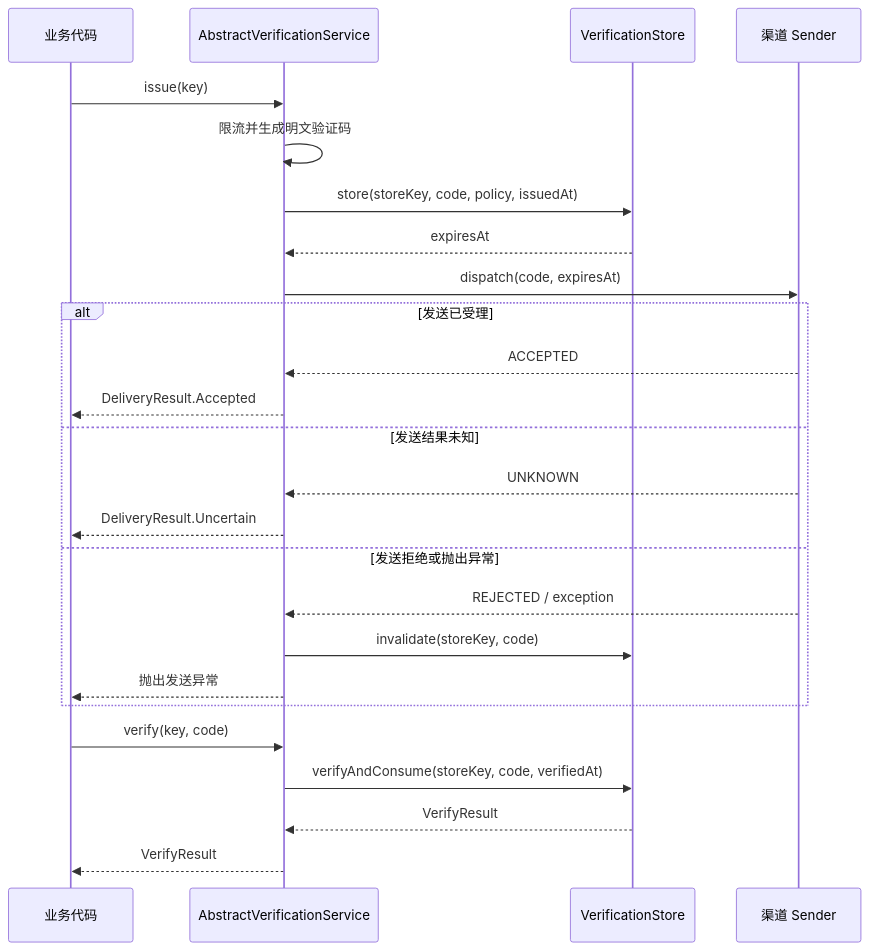
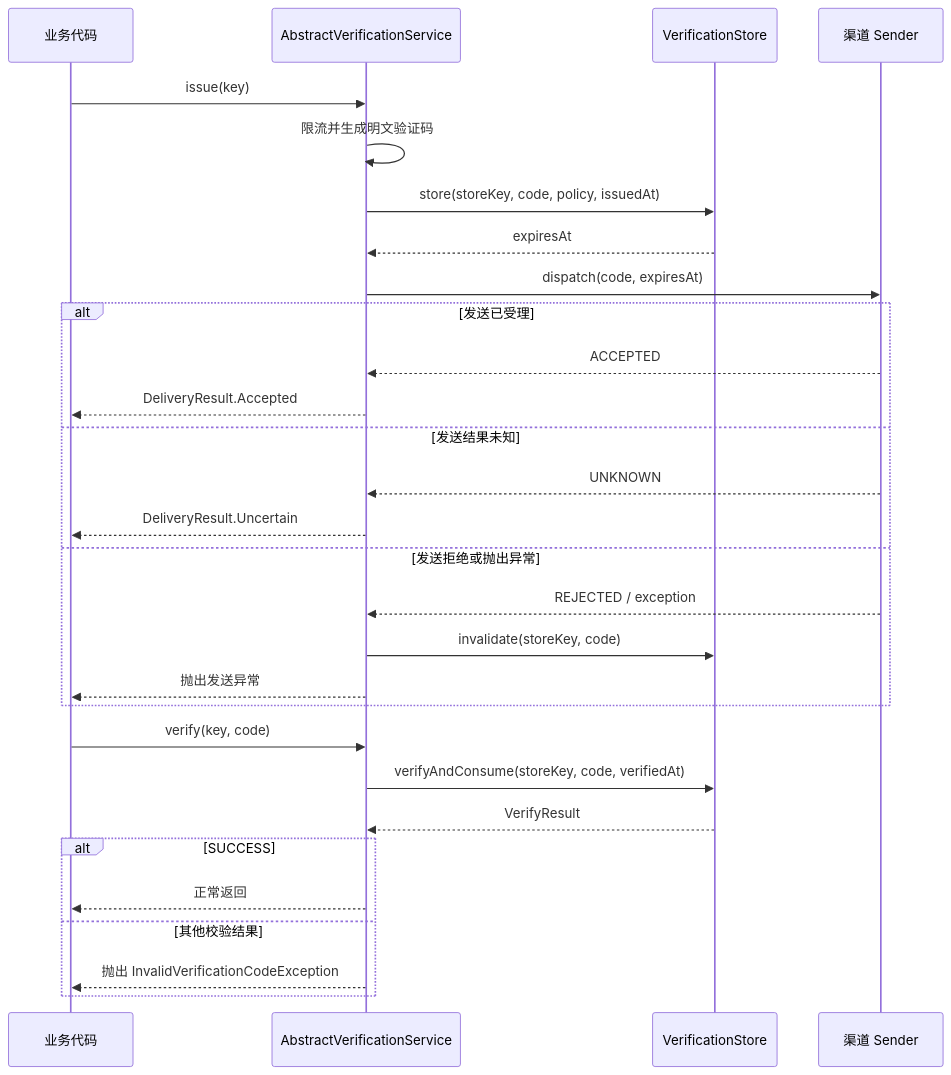
The second of 3 diagrams in ringo-boot-verification/src/main/java/io/github/ringotangs/ringoboot/verification/store/README.md (RingoTangs/ringo-boot), drawn with Mermaid before and after one commit. The commit also changed other lines of this file and 16 other files, not shown here.

Commit message:
refactor: replace VerifyResult with direct exception handling in verification services

````diff
--- a/ringo-boot-verification/src/main/java/io/github/ringotangs/ringoboot/verification/store/README.md
+++ b/ringo-boot-verification/src/main/java/io/github/ringotangs/ringoboot/verification/store/README.md
@@ -126,29 +126,33 @@
 ```mermaid
 sequenceDiagram
     participant App as 业务代码
     participant Service as AbstractVerificationService
     participant Store as VerificationStore
     participant Sender as 渠道 Sender
 
     App->>Service: issue(key)
     Service->>Service: 限流并生成明文验证码
     Service->>Store: store(storeKey, code, policy, issuedAt)
     Store-->>Service: expiresAt
     Service->>Sender: dispatch(code, expiresAt)
     alt 发送已受理
         Sender-->>Service: ACCEPTED
         Service-->>App: DeliveryResult.Accepted
     else 发送结果未知
         Sender-->>Service: UNKNOWN
         Service-->>App: DeliveryResult.Uncertain
     else 发送拒绝或抛出异常
         Sender-->>Service: REJECTED / exception
         Service->>Store: invalidate(storeKey, code)
         Service-->>App: 抛出发送异常
     end
 
     App->>Service: verify(key, code)
     Service->>Store: verifyAndConsume(storeKey, code, verifiedAt)
     Store-->>Service: VerifyResult
-    Service-->>App: VerifyResult
+    alt SUCCESS
+        Service-->>App: 正常返回
+    else 其他校验结果
+        Service-->>App: 抛出 InvalidVerificationCodeException
+    end
 ```
````
